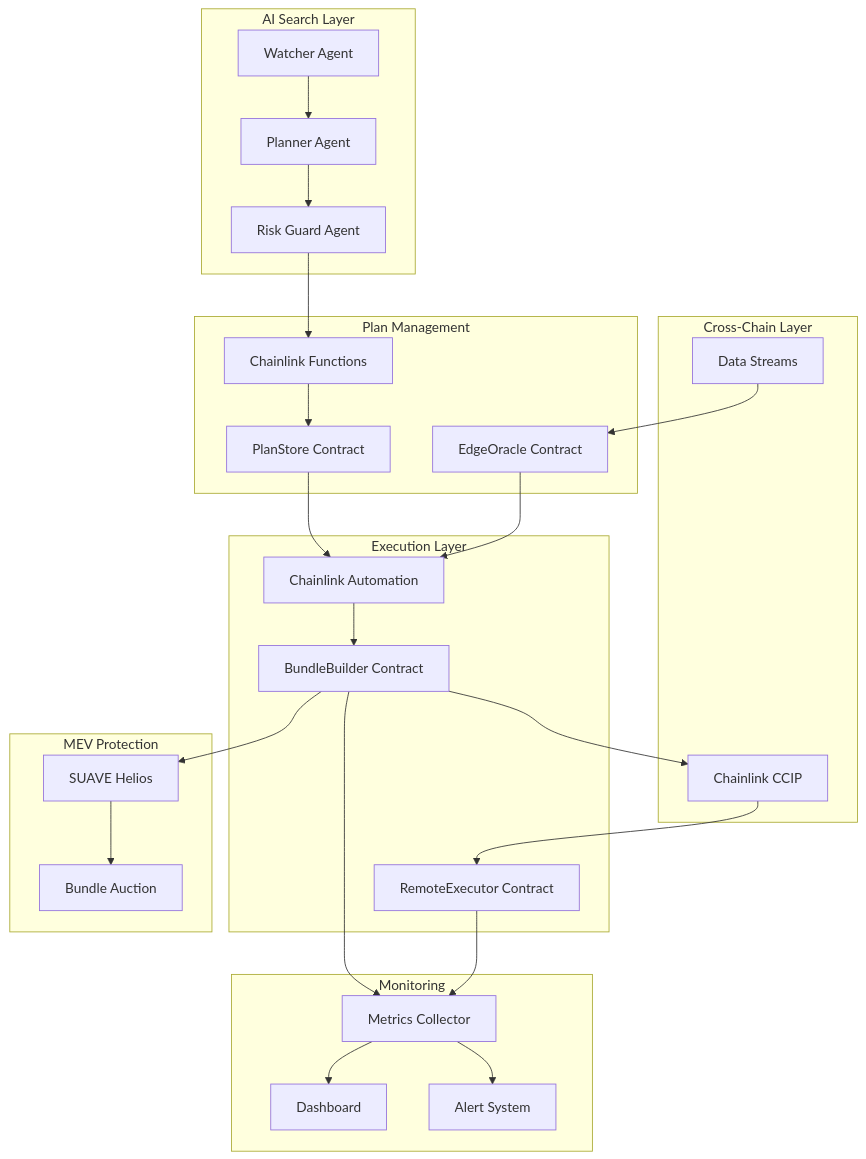
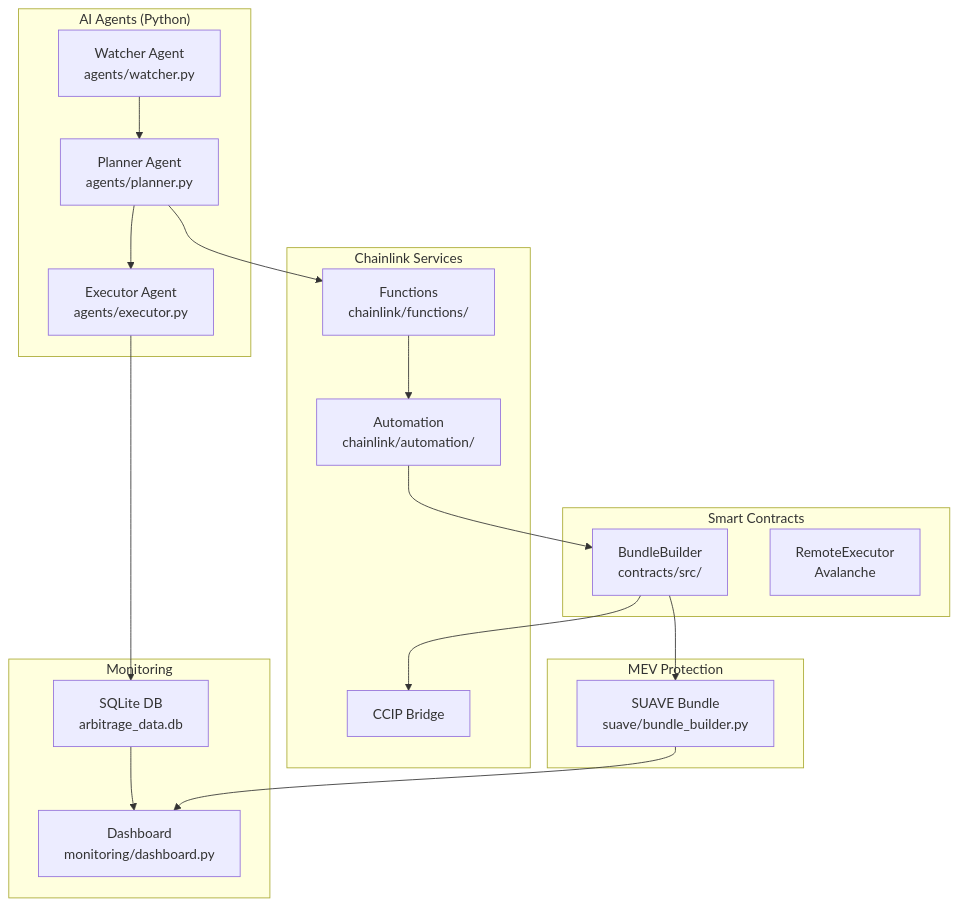
Before and after one commit to foundryUp/CrossLink-Arbiter: the first of 4 diagrams in docs/ARCHITECTURE.md, drawn with Mermaid. The commit also changed other lines of this file and 24 other files, not shown here.

Commit message:
chore : add simplified flows

````diff
--- a/docs/ARCHITECTURE.md
+++ b/docs/ARCHITECTURE.md
@@ -30,54 +35,39 @@
 ```mermaid
 graph TB
-    subgraph "AI Search Layer"
-        A1[Watcher Agent]
-        A2[Planner Agent]
-        A3[Risk Guard Agent]
+    subgraph "AI Agents (Python)"
+        A1[Watcher Agent<br/>agents/watcher.py]
+        A2[Planner Agent<br/>agents/planner.py] 
+        A3[Executor Agent<br/>agents/executor.py]
     end
     
-    subgraph "Plan Management"
-        B1[Chainlink Functions]
-        B2[PlanStore Contract]
-        B3[EdgeOracle Contract]
+    subgraph "Chainlink Services"
+        B1[Functions<br/>chainlink/functions/]
+        B2[Automation<br/>chainlink/automation/]
+        B3[CCIP Bridge]
     end
     
-    subgraph "Execution Layer"
-        C1[Chainlink Automation]
-        C2[BundleBuilder Contract]
-        C3[RemoteExecutor Contract]
-    end
-    
-    subgraph "Cross-Chain Layer"
-        D1[Chainlink CCIP]
-        D2[Data Streams]
+    subgraph "Smart Contracts"
+        C1[BundleBuilder<br/>contracts/src/]
+        C2[RemoteExecutor<br/>Avalanche]
     end
     
     subgraph "MEV Protection"
-        E1[SUAVE Helios]
-        E2[Bundle Auction]
+        D1[SUAVE Bundle<br/>suave/bundle_builder.py]
     end
     
     subgraph "Monitoring"
-        F1[Dashboard]
-        F2[Metrics Collector]
-        F3[Alert System]
+        E1[Dashboard<br/>monitoring/dashboard.py]
+        E2[SQLite DB<br/>arbitrage_data.db]
     end
     
     A1 --> A2
     A2 --> A3
-    A3 --> B1
+    A2 --> B1
     B1 --> B2
     B2 --> C1
-    C1 --> C2
-    C2 --> D1
-    D1 --> C3
-    C2 --> E1
-    E1 --> E2
-    C2 --> F2
-    C3 --> F2
-    F2 --> F1
-    F2 --> F3
-    
-    B3 --> C1
-    D2 --> B3
+    C1 --> D1
+    C1 --> B3
+    A3 --> E2
+    E2 --> E1
+    D1 --> E1
 ```
````
